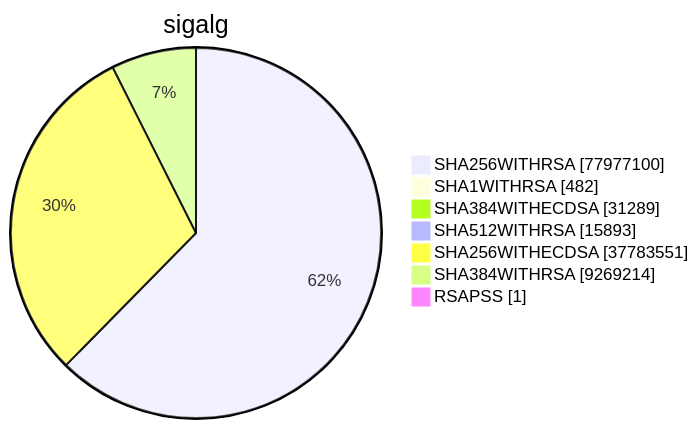
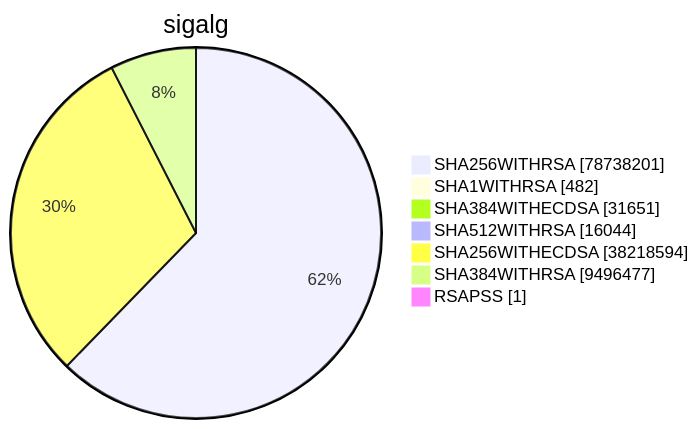
Before and after one commit to christiankrug/ctmonitor_visualization: diagram 15 of 15 in xenon2023/README.md, drawn with Mermaid. The commit also changed other lines of this file, not shown here.

````diff
--- a/xenon2023/README.md
+++ b/xenon2023/README.md
@@ -4578,11 +4588,11 @@
 ```mermaid
 pie showData
 title sigalg
-"SHA256WITHRSA" :77977100
+"SHA256WITHRSA" :78738201
 "SHA1WITHRSA" :482
-"SHA384WITHECDSA" :31289
-"SHA512WITHRSA" :15893
-"SHA256WITHECDSA" :37783551
-"SHA384WITHRSA" :9269214
+"SHA384WITHECDSA" :31651
+"SHA512WITHRSA" :16044
+"SHA256WITHECDSA" :38218594
+"SHA384WITHRSA" :9496477
 "RSAPSS" :1
 ```
````
